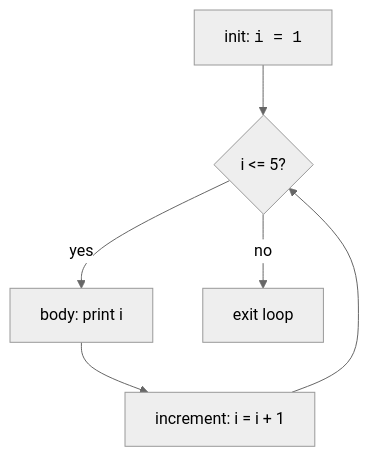
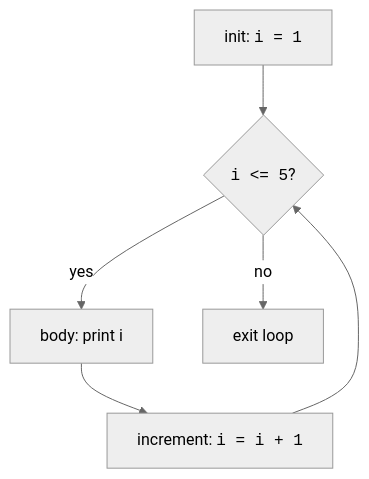
Before and after one commit to dataslope/dataslope: the diagram in content/learn/c-programming-for-beginners/loops.mdx, drawn with Mermaid (neutral theme). The commit also changed 56 other files, not shown here.

````diff
--- a/content/learn/c-programming-for-beginners/loops.mdx
+++ b/content/learn/c-programming-for-beginners/loops.mdx
@@ -252,8 +252,8 @@
 ```mermaid
 flowchart TD
-    A["init: <code>i = 1</code>"] --> B{i <= 5?}
+    A["init: <code>i = 1</code>"] --> B{"<code>i &lt;= 5</code>?"}
     B -- yes --> C[body: print i]
-    C --> D[increment: i = i + 1]
+    C --> D["increment: <code>i = i + 1</code>"]
     D --> B
     B -- no --> E[exit loop]
 ```
````
